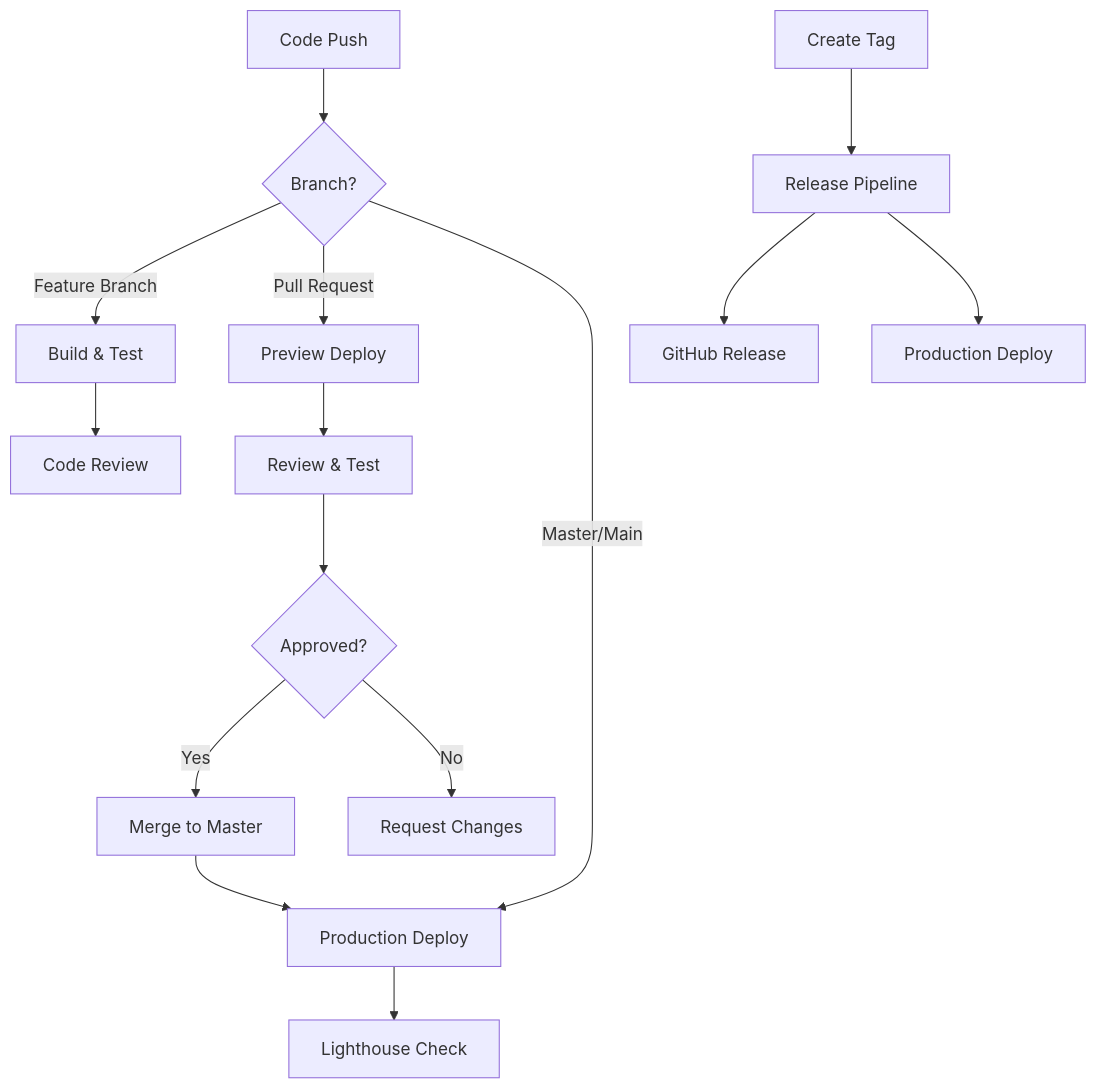
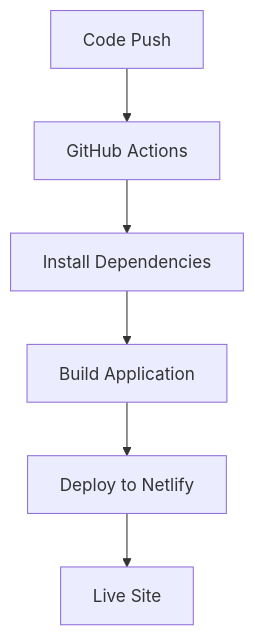
The diagram in .github/CICD.md (u2204125/fee-management-system), drawn with Mermaid before and after one commit. The commit also changed other lines of this file and 10 other files, not shown here.

````diff
--- a/.github/CICD.md
+++ b/.github/CICD.md
@@ -37,21 +27,8 @@
 ```mermaid
 graph TD
-    A[Code Push] --> B{Branch?}
-    B -->|Feature Branch| C[Build & Test]
-    B -->|Pull Request| D[Preview Deploy]
-    B -->|Master/Main| E[Production Deploy]
-    
-    C --> F[Code Review]
-    D --> G[Review & Test]
-    E --> H[Lighthouse Check]
-    
-    G --> I{Approved?}
-    I -->|Yes| J[Merge to Master]
-    I -->|No| K[Request Changes]
-    
-    J --> E
-    
-    L[Create Tag] --> M[Release Pipeline]
-    M --> N[GitHub Release]
-    M --> O[Production Deploy]
+    A[Code Push] --> B[GitHub Actions]
+    B --> C[Install Dependencies]
+    C --> D[Build Application]
+    D --> E[Deploy to Netlify]
+    E --> F[Live Site]
 ```
````
